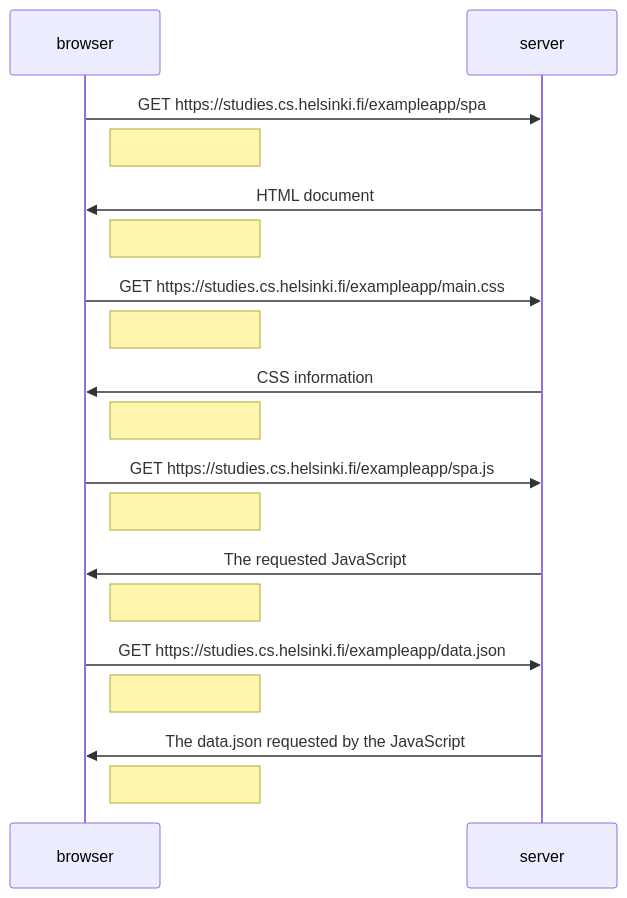
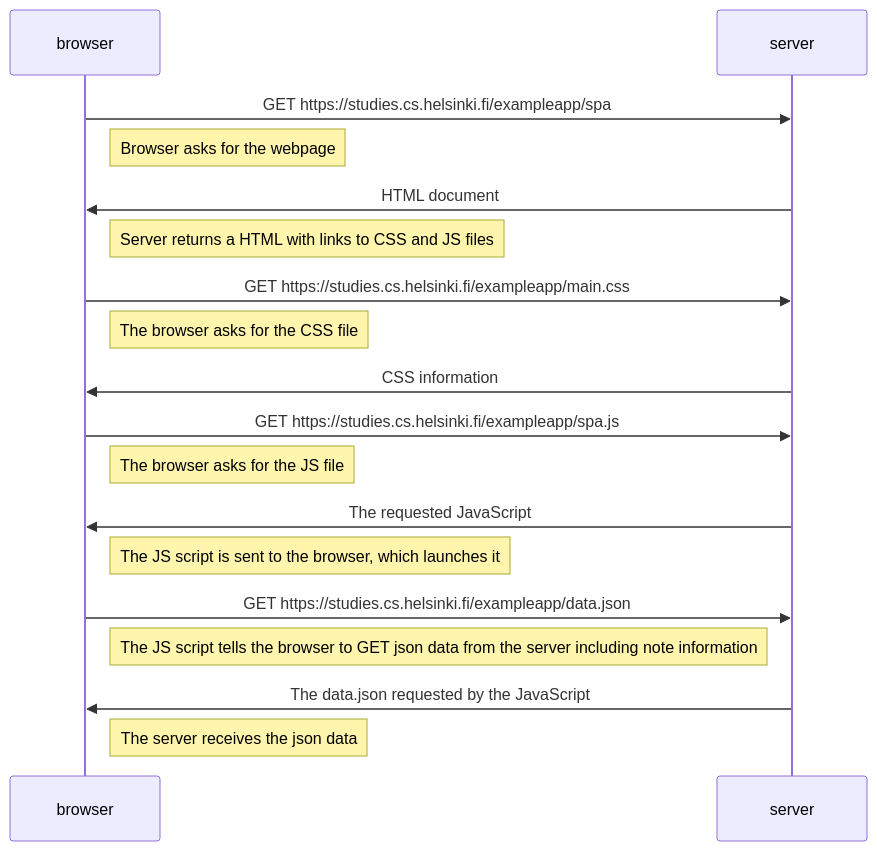
One commit to Welhox/FSO changed the diagram in part0/0.5.md. Above: the diagram before and after it, drawn with Mermaid.

````diff
--- a/part0/0.5.md
+++ b/part0/0.5.md
@@ -1,25 +1,24 @@
 ```mermaid
 sequenceDiagram
   participant browser
   participant server
 
   browser->>server: GET https://studies.cs.helsinki.fi/exampleapp/spa
-  note right of browser: 
+  note right of browser: Browser asks for the webpage
   server ->>browser: HTML document
-  note right of browser: 
+  note right of browser: Server returns a HTML with links to CSS and JS files
 
   browser->>server: GET https://studies.cs.helsinki.fi/exampleapp/main.css
-  note right of browser: 
+  note right of browser:  The browser asks for the CSS file
   server ->>browser: CSS information
-  note right of browser: 
 
   browser->>server: GET https://studies.cs.helsinki.fi/exampleapp/spa.js
-  note right of browser: 
+  note right of browser: The browser asks for the JS file
   server ->>browser: The requested JavaScript
-  note right of browser: 
+  note right of browser: The JS script is sent to the browser, which launches it
 
   browser->>server: GET https://studies.cs.helsinki.fi/exampleapp/data.json
-  note right of browser: 
+  note right of browser: The JS script tells the browser to GET json data from the server including note information
   server ->>browser: The data.json requested by the JavaScript
-  note right of browser: 
+  note right of browser: The server receives the json data
 ```
````
